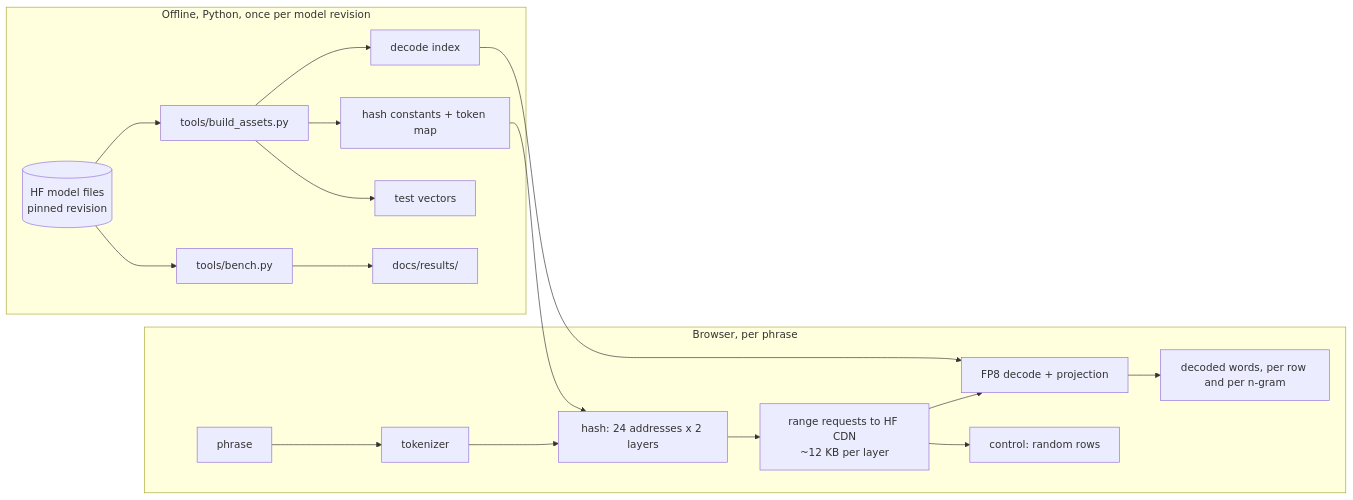
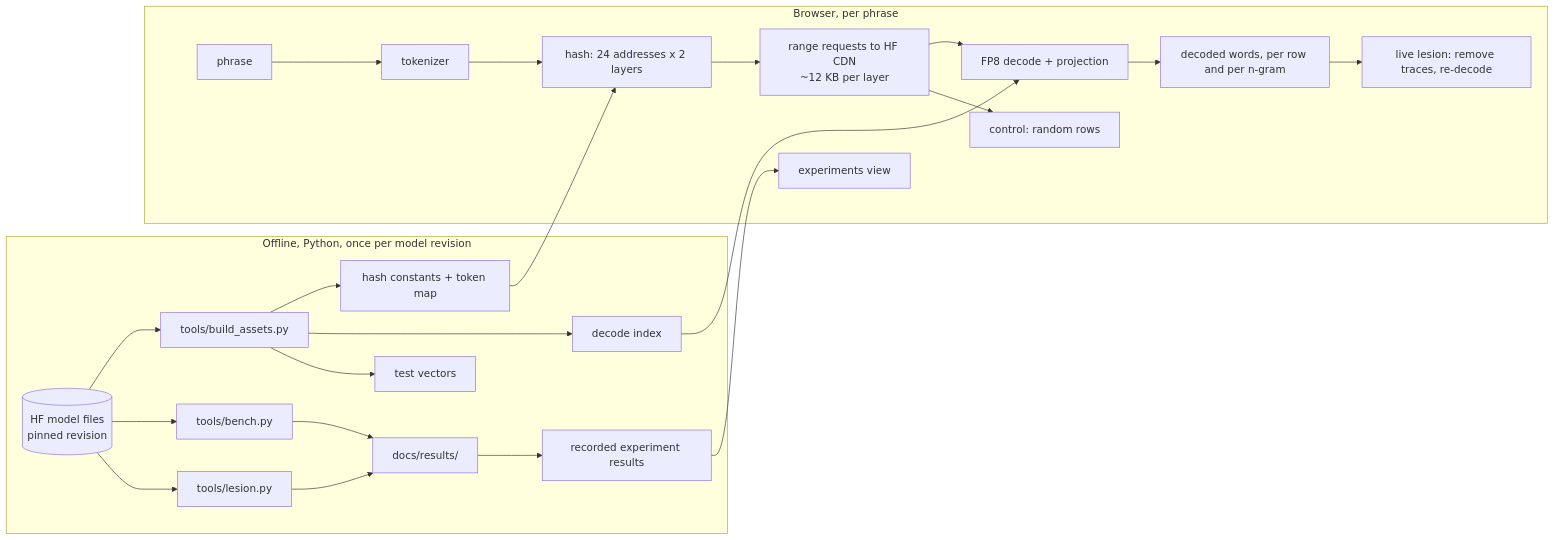
The diagram in .kiro/specs/engramscope/design.md (SebastianAbeSantoso/Engramscope), drawn with Mermaid before and after one commit. The commit also changed other lines of this file and 9 other files, not shown here.

Commit message:
Scope change: Lashley's and Semon's lesion experiments become the core (Req 9); pre-register lesion protocol before any run

````diff
--- a/.kiro/specs/engramscope/design.md
+++ b/.kiro/specs/engramscope/design.md
@@ -10,19 +10,23 @@
 ```mermaid
 flowchart LR
   subgraph Offline[Offline, Python, once per model revision]
     HF[(HF model files<br/>pinned revision)] --> B[tools/build_assets.py]
     B --> A1[hash constants + token map]
     B --> A2[decode index]
     B --> A3[test vectors]
     HF --> BM[tools/bench.py] --> R[docs/results/]
+    HF --> LS[tools/lesion.py] --> R
+    R --> A4[recorded experiment results]
   end
   subgraph Browser[Browser, per phrase]
     P[phrase] --> T[tokenizer] --> H[hash: 24 addresses x 2 layers]
     H --> F[range requests to HF CDN<br/>~12 KB per layer]
     F --> D[FP8 decode + projection]
     A2 --> D
     D --> W[decoded words, per row and per n-gram]
     F --> C[control: random rows]
+    W --> L[live lesion: remove traces, re-decode]
+    A4 --> X[experiments view]
   end
   A1 --> H
 ```
````
